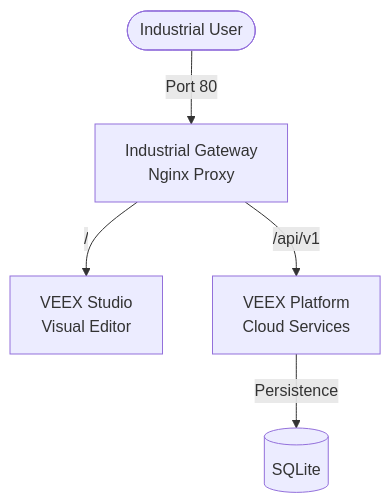
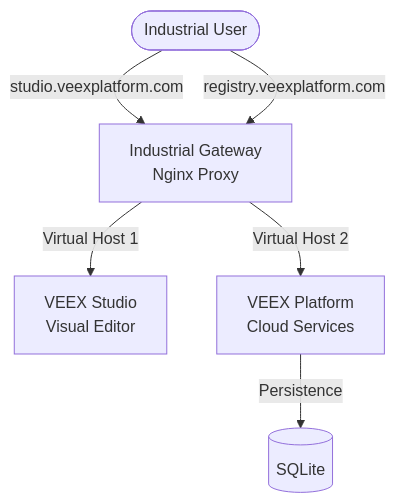
Before and after one commit to veex-platform/veex-deploy: the diagram in README.md, drawn with Mermaid. The commit also changed other lines of this file and 3 other files, not shown here.

````diff
--- a/README.md
+++ b/README.md
@@ -51,7 +56,8 @@
 ```mermaid
 graph TD
-    User([Industrial User]) -- "Port 80" --> Gateway[Industrial Gateway<br/>Nginx Proxy]
-    Gateway -- "/" --> Studio[VEEX Studio<br/>Visual Editor]
-    Gateway -- "/api/v1" --> Platform[VEEX Platform<br/>Cloud Services]
+    User([Industrial User]) -- "studio.veexplatform.com" --> Gateway[Industrial Gateway<br/>Nginx Proxy]
+    User -- "registry.veexplatform.com" --> Gateway
+    Gateway -- "Virtual Host 1" --> Studio[VEEX Studio<br/>Visual Editor]
+    Gateway -- "Virtual Host 2" --> Platform[VEEX Platform<br/>Cloud Services]
     Platform -- "Persistence" --> DB[(SQLite)]
 ```
````
